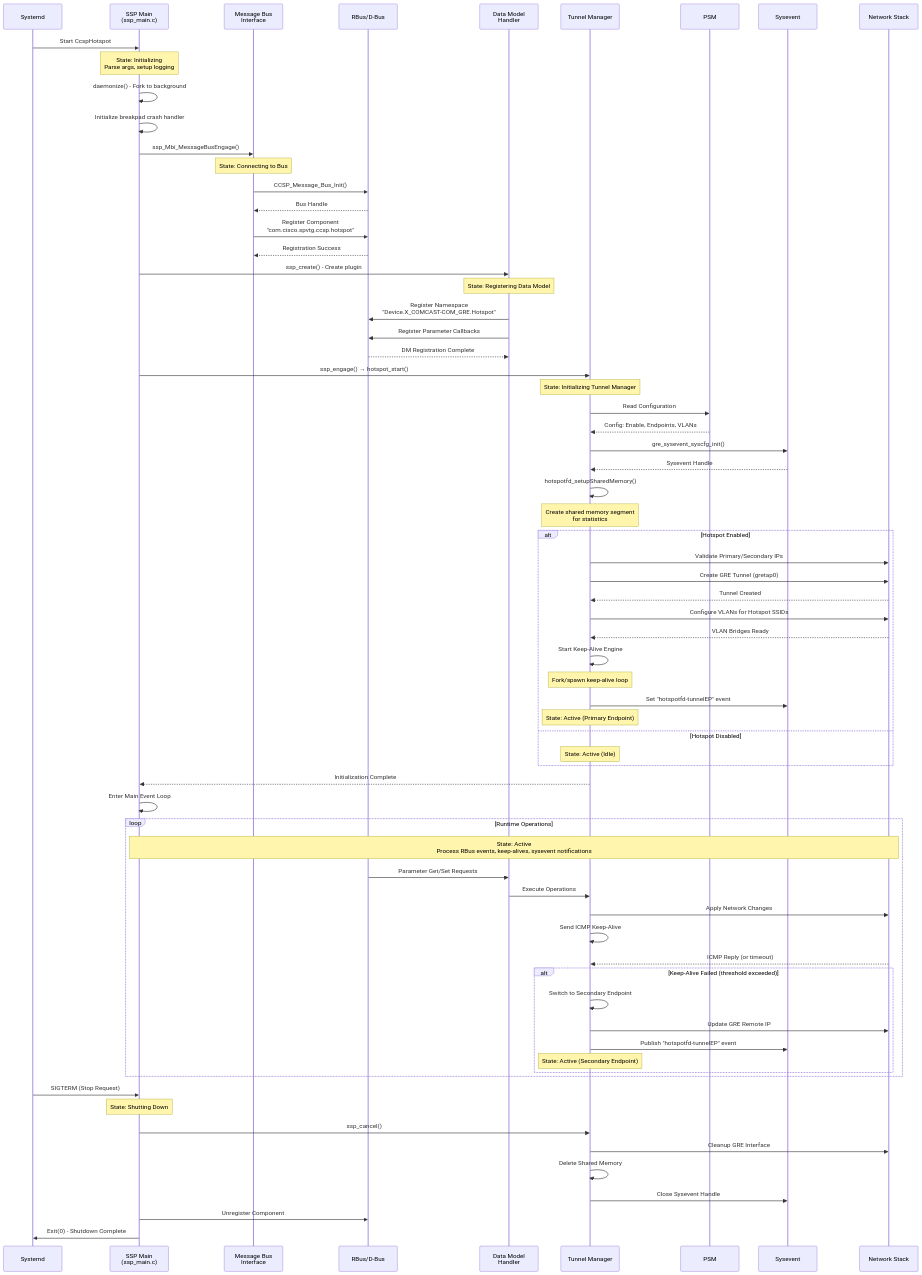
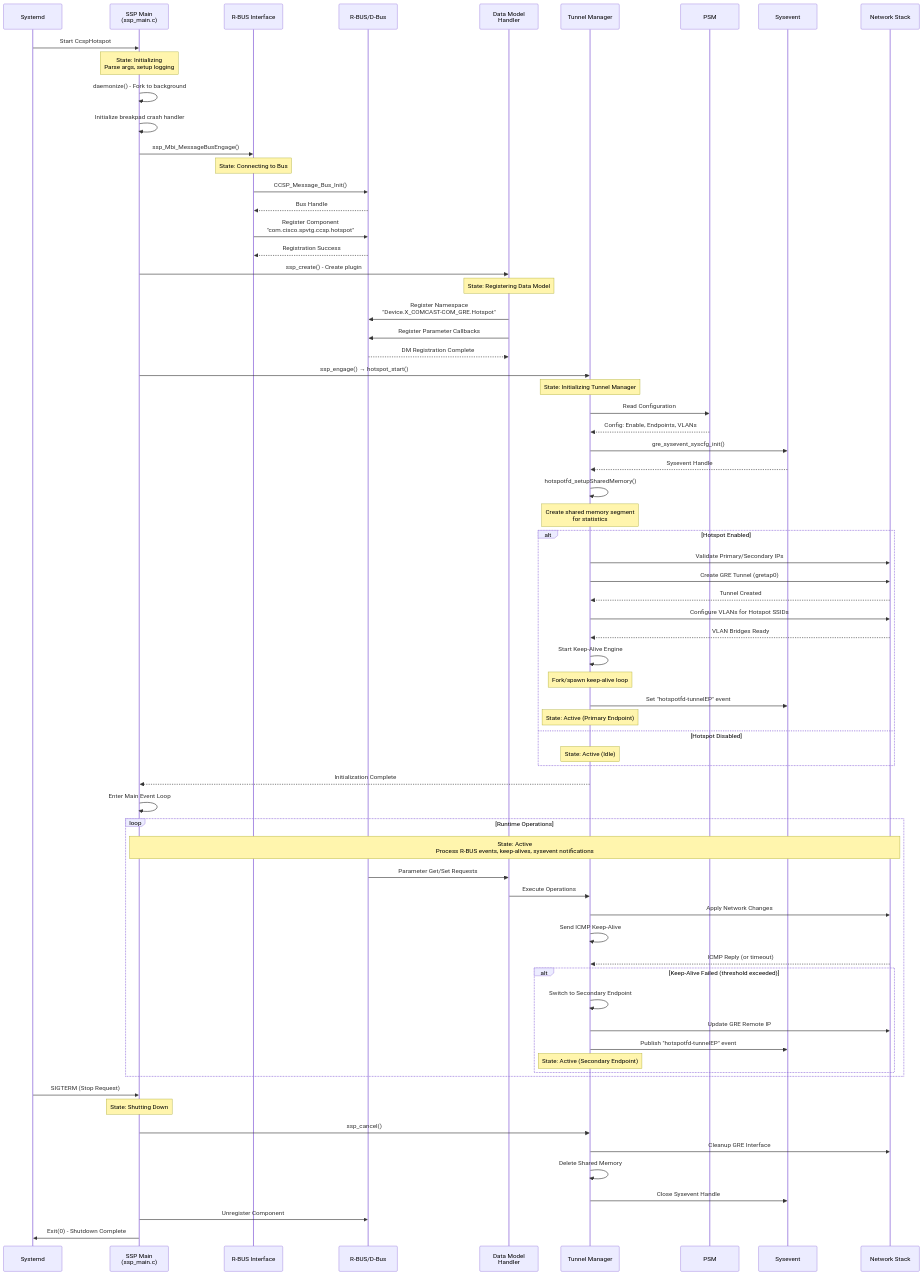
Before and after one commit to rdkcentral/hotspot: the third of 9 diagrams in README.md, drawn with Mermaid. The commit also changed other lines of this file, not shown here.

```diff
--- a/README.md
+++ b/README.md
@@ -290,8 +280,8 @@
 sequenceDiagram
     participant Systemd as Systemd
     participant SSP as SSP Main<br/>(ssp_main.c)
-    participant MBus as Message Bus<br/>Interface
-    participant RBus as RBus/D-Bus
+    participant MBus as R-BUS Interface
+    participant RBus as R-BUS/D-Bus
     participant DM as Data Model<br/>Handler
     participant TM as Tunnel Manager
     participant PSM as PSM
@@ -300,65 +290,65 @@
 
     Systemd->>SSP: Start CcspHotspot
     Note over SSP: State: Initializing<br/>Parse args, setup logging
-    
+
     SSP->>SSP: daemonize() - Fork to background
     SSP->>SSP: Initialize breakpad crash handler
-    
+
     SSP->>MBus: ssp_Mbi_MessageBusEngage()
     Note over MBus: State: Connecting to Bus
     MBus->>RBus: CCSP_Message_Bus_Init()
     RBus-->>MBus: Bus Handle
-    
+
     MBus->>RBus: Register Component<br/>"com.cisco.spvtg.ccsp.hotspot"
     RBus-->>MBus: Registration Success
-    
+
     SSP->>DM: ssp_create() - Create plugin
     Note over DM: State: Registering Data Model
     DM->>RBus: Register Namespace<br/>"Device.X_COMCAST-COM_GRE.Hotspot"
     DM->>RBus: Register Parameter Callbacks
     RBus-->>DM: DM Registration Complete
-    
+
     SSP->>TM: ssp_engage() → hotspot_start()
     Note over TM: State: Initializing Tunnel Manager
-    
+
     TM->>PSM: Read Configuration
     PSM-->>TM: Config: Enable, Endpoints, VLANs
-    
+
     TM->>SysEvt: gre_sysevent_syscfg_init()
     SysEvt-->>TM: Sysevent Handle
-    
+
     TM->>TM: hotspotfd_setupSharedMemory()
     Note over TM: Create shared memory segment<br/>for statistics
-    
+
     alt Hotspot Enabled
         TM->>Net: Validate Primary/Secondary IPs
         TM->>Net: Create GRE Tunnel (gretap0)
         Net-->>TM: Tunnel Created
-        
+
         TM->>Net: Configure VLANs for Hotspot SSIDs
         Net-->>TM: VLAN Bridges Ready
-        
+
         TM->>TM: Start Keep-Alive Engine
         Note over TM: Fork/spawn keep-alive loop
-        
+
         TM->>SysEvt: Set "hotspotfd-tunnelEP" event
         Note over TM: State: Active (Primary Endpoint)
     else Hotspot Disabled
         Note over TM: State: Active (Idle)
     end
-    
+
     TM-->>SSP: Initialization Complete
     SSP->>SSP: Enter Main Event Loop
-    
+
     loop Runtime Operations
-        Note over SSP,Net: State: Active<br/>Process RBus events, keep-alives, sysevent notifications
+        Note over SSP,Net: State: Active<br/>Process R-BUS events, keep-alives, sysevent notifications
         RBus->>DM: Parameter Get/Set Requests
         DM->>TM: Execute Operations
         TM->>Net: Apply Network Changes
-        
+
         TM->>TM: Send ICMP Keep-Alive
         Net-->>TM: ICMP Reply (or timeout)
-        
+
         alt Keep-Alive Failed (threshold exceeded)
             TM->>TM: Switch to Secondary Endpoint
             TM->>Net: Update GRE Remote IP
@@ -366,7 +356,7 @@
             Note over TM: State: Active (Secondary Endpoint)
         end
     end
-    
+
     Systemd->>SSP: SIGTERM (Stop Request)
     Note over SSP: State: Shutting Down
     SSP->>TM: ssp_cancel()
```
